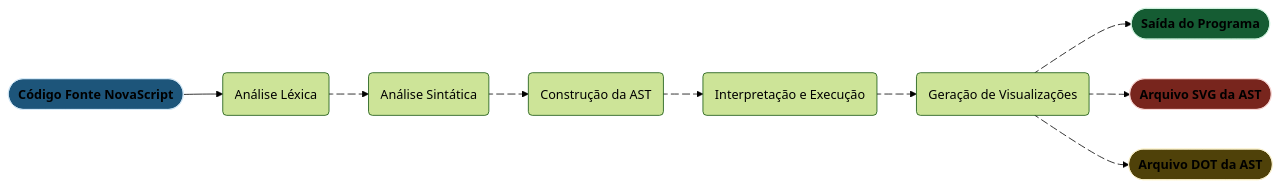
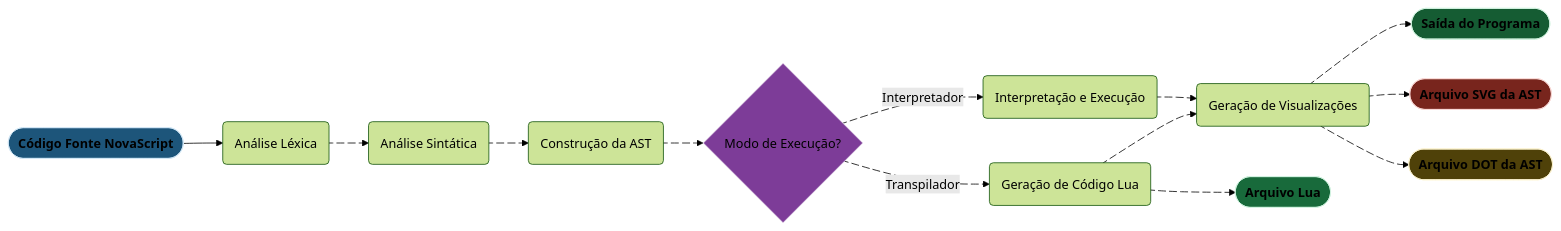
Before and after one commit to lorena-strobel/NovaScript: the diagram in README.md, drawn with Mermaid (forest theme). The commit also changed other lines of this file and 2 other files, not shown here.

````diff
--- a/README.md
+++ b/README.md
@@ -71,24 +182,34 @@
 ```mermaid
 graph LR
-    A([<B>Código Fonte NovaScript</B>]) --> B(Análise Léxica);
-    B e1@--> C(Análise Sintática);
-    C e2@--> D(Construção da AST);
-    D e3@--> E(Interpretação e Execução);
-    E e4@--> F(Geração de Visualizações);
-    F e5@--> G([<B>Saída do Programa</B>]);
-    F e6@--> H([<B>Arquivo SVG da AST</B>]);
-    F e7@--> I([<B>Arquivo DOT da AST</B>]);
+  A([<B>Código Fonte NovaScript</B>]) --> B(Análise Léxica);
+  B e1@--> C(Análise Sintática);
+  C e2@--> D(Construção da AST);
+  D e3@--> E{Modo de Execução?};
+  E e4@-->|Interpretador| F(Interpretação e Execução);
+  E e5@-->|Transpilador| G(Geração de Código Lua);
+  F e6@--> H(Geração de Visualizações);
+  G e7@--> H;
+  H e8@--> I([<B>Saída do Programa</B>]);
+  H e9@--> J([<B>Arquivo SVG da AST</B>]);
+  H e10@--> K([<B>Arquivo DOT da AST</B>]);
+  G e11@--> L([<B>Arquivo Lua</B>]);
+  
+  e1@{ animate: true; }
+  e2@{ animate: true; }
+  e3@{ animate: true; }
+  e4@{ animate: true; }
+  e5@{ animate: true; }
+  e6@{ animate: true; }
+  e7@{ animate: true; }
+  e8@{ animate: true; }
+  e9@{ animate: true; }
+  e10@{ animate: true; }
+  e11@{ animate: true; }
 
-    e1@{ animate: true }
-    e2@{ animate: true }
-    e3@{ animate: true }
-    e4@{ animate: true }
-    e5@{ animate: true }
-    e6@{ animate: true }
-    e7@{ animate: true }
-    
-    style A fill:#1d557a,stroke:#D6EAF8
-    style G fill:#155c33,stroke:#D5F5E3
-    style H fill:#78251d,stroke:#FADBD8
-    style I fill:#4f4109,stroke:#FCF3CF
+  style A fill:#1d557a,stroke:#D6EAF8
+  style E fill:#7d3c98,stroke:#EBDEF0
+  style I fill:#155c33,stroke:#D5F5E3
+  style J fill:#78251d,stroke:#FADBD8
+  style K fill:#4f4109,stroke:#FCF3CF
+  style L fill:#186a3b,stroke:#D5F5E3
 ```
````
